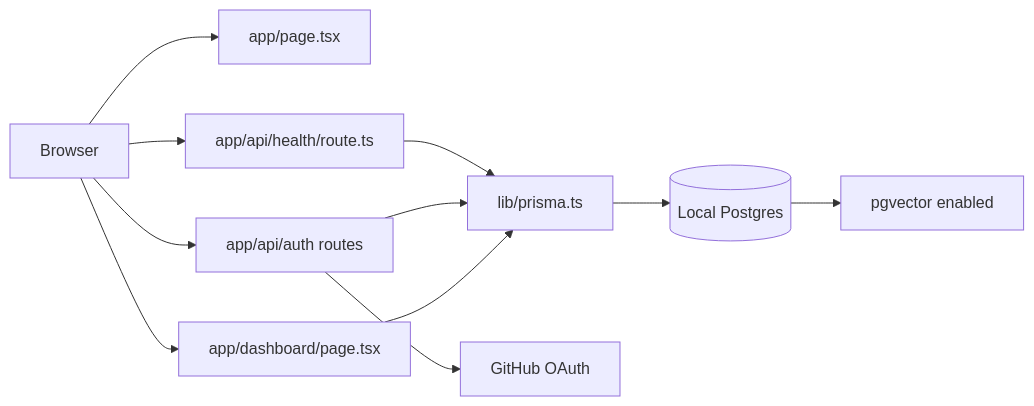
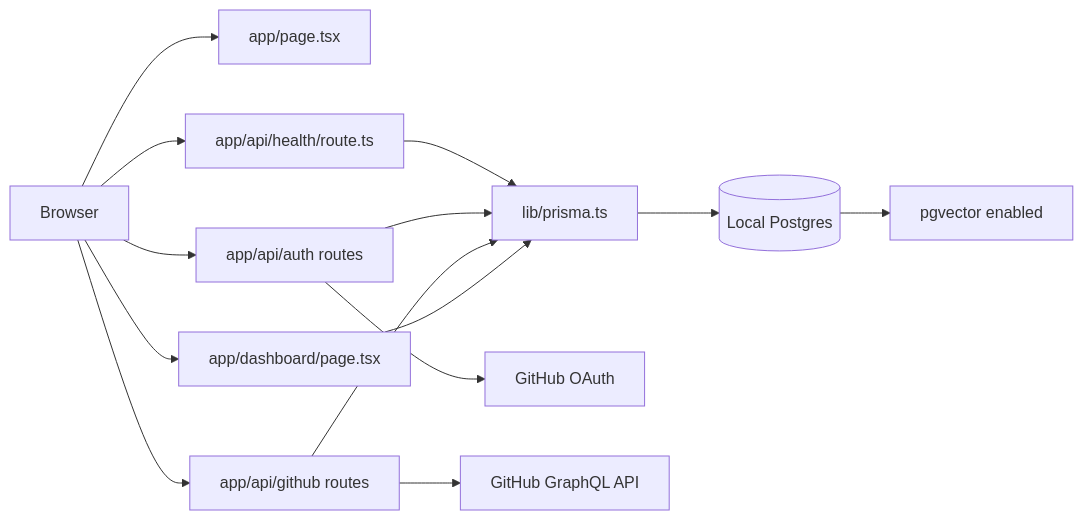
Before and after one commit to TinotendaMuponda/github-pr-mentor-ai: the second of 6 diagrams in docs/architecture.md, drawn with Mermaid. The commit also changed other lines of this file and 15 other files, not shown here.

Commit message:
Add GitHub GraphQL foundation

````diff
--- a/docs/architecture.md
+++ b/docs/architecture.md
@@ -36,13 +36,16 @@
 ```mermaid
 flowchart LR
   Browser[Browser] --> Home[app/page.tsx]
   Browser --> Health[app/api/health/route.ts]
   Browser --> Auth[app/api/auth routes]
+  Browser --> GitHubAPI[app/api/github routes]
   Browser --> Dashboard[app/dashboard/page.tsx]
   Health --> Prisma[lib/prisma.ts]
   Auth --> Prisma
+  GitHubAPI --> Prisma
   Dashboard --> Prisma
   Auth --> GitHub[GitHub OAuth]
+  GitHubAPI --> GitHubGraphQL[GitHub GraphQL API]
   Prisma --> Database[(Local Postgres)]
   Database --> Vector[pgvector enabled]
 ```
````
